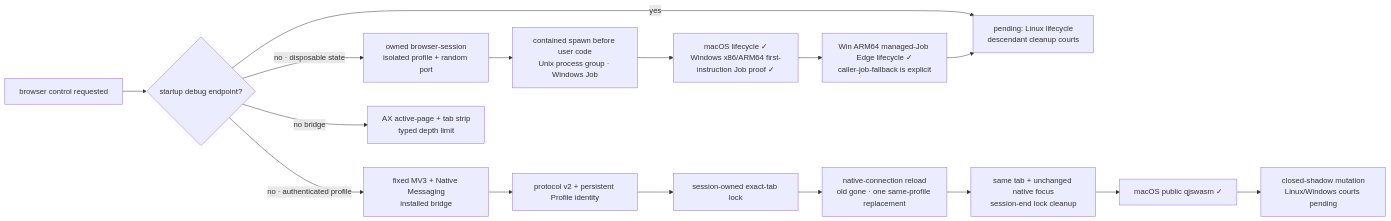
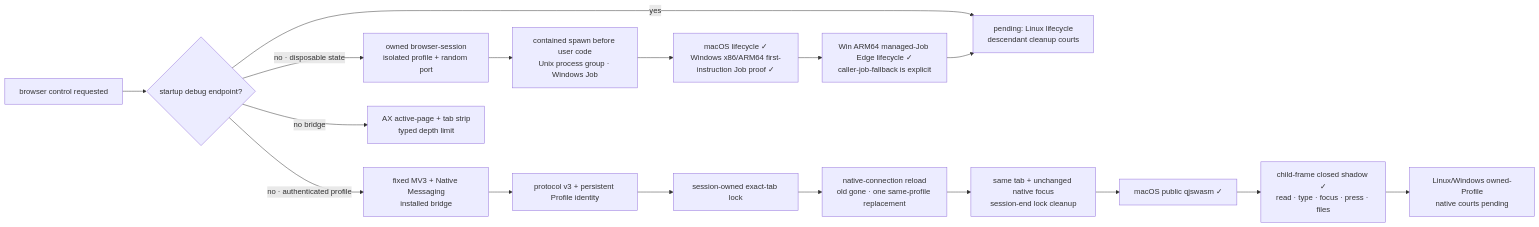
The fifth of 17 diagrams in prd/PRD_02_28_agenterm_cu.md (partnernetsoftware/agenterm), drawn with Mermaid before and after one commit. The commit also changed other lines of this file and 22 other files, not shown here.

````diff
--- a/prd/PRD_02_28_agenterm_cu.md
+++ b/prd/PRD_02_28_agenterm_cu.md
@@ -686,18 +695,19 @@
 ```mermaid
 flowchart LR
   B["browser control requested"] --> D{"startup debug endpoint?"}
   D -->|yes| P["borrow exact PID/port<br/>owned=false"]
   D -->|no · disposable state| S["owned browser-session<br/>isolated profile + random port"]
   D -->|no · authenticated profile| X["fixed MV3 + Native Messaging<br/>installed bridge"]
   D -->|no bridge| A["AX active-page + tab strip<br/>typed depth limit"]
   S --> C["contained spawn before user code<br/>Unix process group · Windows Job"]
   C --> E["macOS lifecycle ✓<br/>Windows x86/ARM64 first-instruction Job proof ✓"]
   E --> W["Win ARM64 managed-Job Edge lifecycle ✓<br/>caller-job-fallback is explicit"]
   W --> P["pending: Linux lifecycle<br/>descendant cleanup courts"]
-  X --> R["protocol v2 + persistent Profile identity"]
+  X --> R["protocol v3 + persistent Profile identity"]
   R --> Y["session-owned exact-tab lock"]
   Y --> L["native-connection reload<br/>old gone · one same-profile replacement"]
   L --> F["same tab + unchanged native focus<br/>session-end lock cleanup"]
   F --> M["macOS public qjswasm ✓"]
-  M --> Z["closed-shadow mutation<br/>Linux/Windows courts pending"]
+  M --> Z["child-frame closed shadow ✓<br/>read · type · focus · press · files"]
+  Z --> Q["Linux/Windows owned-Profile<br/>native courts pending"]
 ```
````
